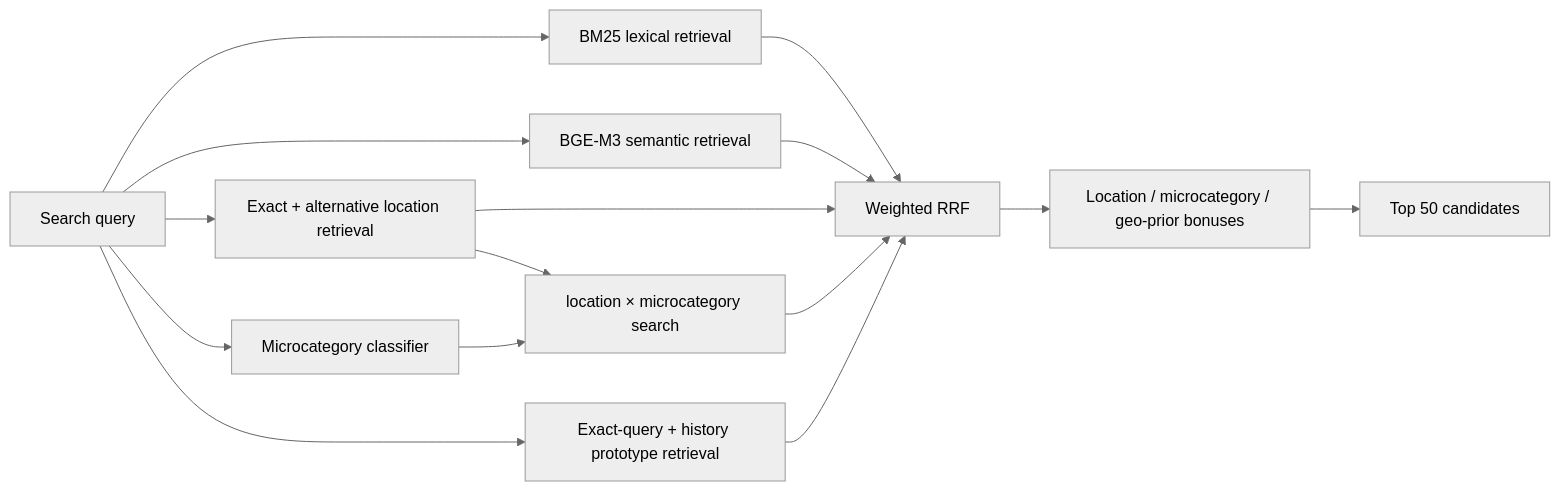
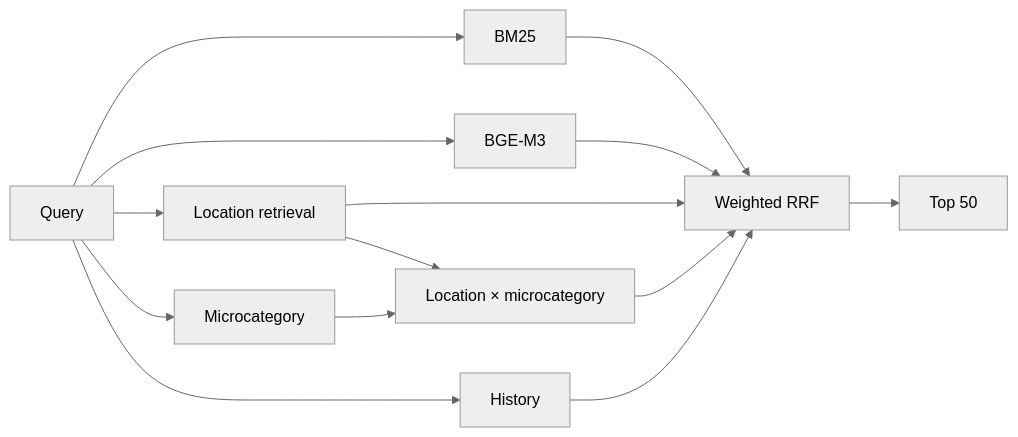
Before and after one commit to Davidkaaa33/avito-ds-bootcamp-2026-solution: the diagram in README.md, drawn with Mermaid (neutral theme). The commit also changed other lines of this file, not shown here.

````diff
--- a/README.md
+++ b/README.md
@@ -21,20 +17,19 @@
 ```mermaid
 flowchart LR
-    Q[Search query] --> LEX[BM25 lexical retrieval]
-    Q --> SEM[BGE-M3 semantic retrieval]
-    Q --> LOC[Exact + alternative location retrieval]
-    Q --> MC[Microcategory classifier]
-    Q --> HIST[Exact-query + history prototype retrieval]
+    Q[Query] --> BM[BM25]
+    Q --> BG[BGE-M3]
+    Q --> GEO[Location retrieval]
+    Q --> MC[Microcategory]
+    Q --> H[History]
 
-    LOC --> CROSS[location × microcategory search]
-    MC --> CROSS
+    GEO --> X[Location × microcategory]
+    MC --> X
 
-    LEX --> FUSE[Weighted RRF]
-    SEM --> FUSE
-    LOC --> FUSE
-    CROSS --> FUSE
-    HIST --> FUSE
+    BM --> RRF[Weighted RRF]
+    BG --> RRF
+    GEO --> RRF
+    X --> RRF
+    H --> RRF
 
-    FUSE --> BONUS[Location / microcategory / geo-prior bonuses]
-    BONUS --> TOP[Top 50 candidates]
+    RRF --> TOP[Top 50]
 ```
````
